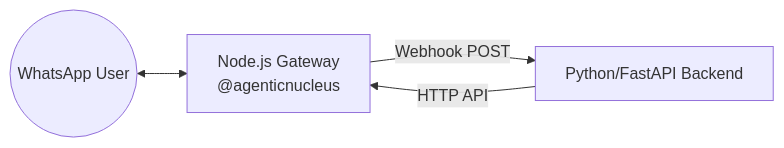
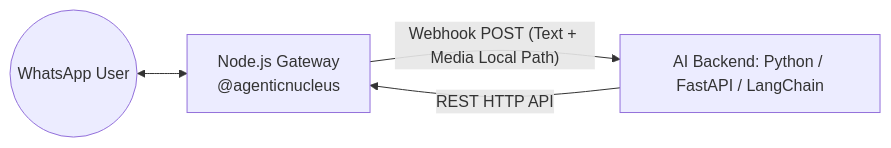
The diagram in README.MD (agenticnucleus/whatsapp-multitenant), drawn with Mermaid before and after one commit. The commit also changed other lines of this file and 15 other files, not shown here.

Commit message:
feat(release): v1.1.0 - multi-tenant whatsapp gateway with batch sql auth, dynamic wa version, media & open source docs

````diff
--- a/README.MD
+++ b/README.MD
@@ -30,6 +36,6 @@
 ```mermaid
 graph LR
     User((WhatsApp User)) <--> Gateway[Node.js Gateway<br/>@agenticnucleus]
-    Gateway -- Webhook POST --> Python[Python/FastAPI Backend]
-    Python -- HTTP API --> Gateway
+    Gateway -- Webhook POST (Text + Media Local Path) --> Backend[AI Backend: Python / FastAPI / LangChain]
+    Backend -- REST HTTP API --> Gateway
 ```
````
